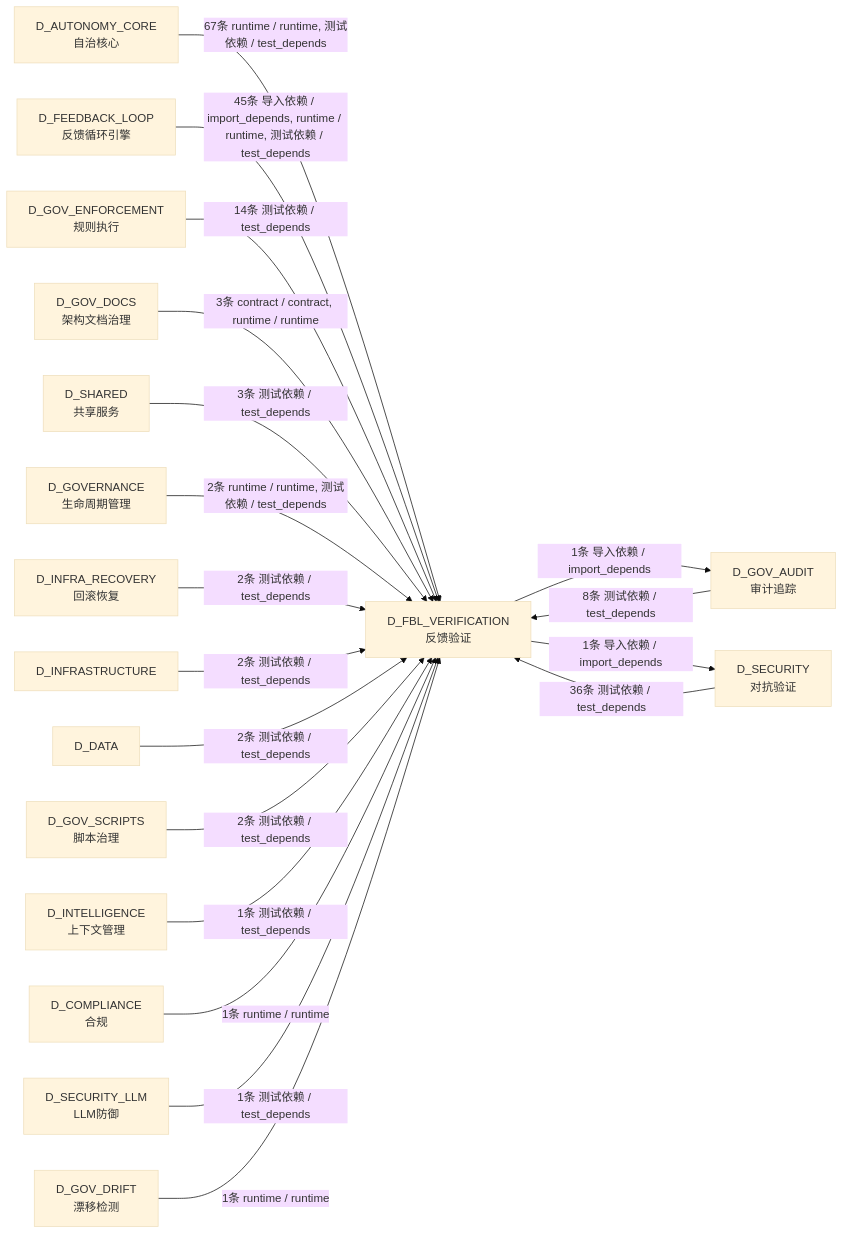
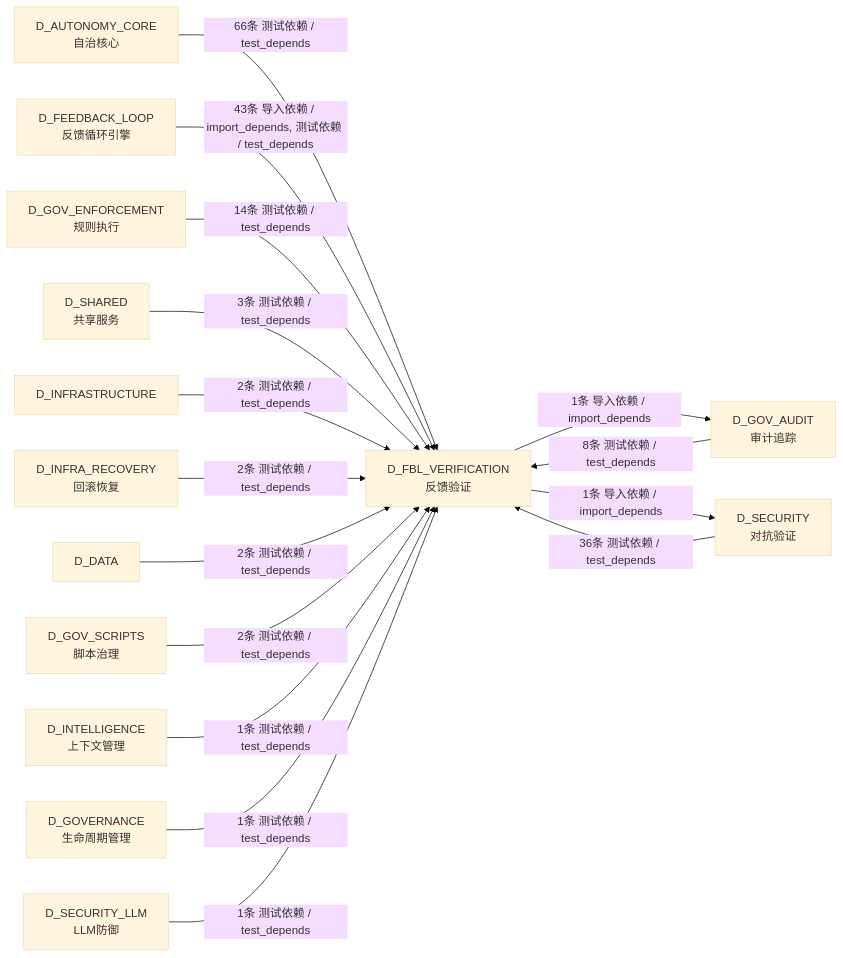
One commit to xuanFelixVan/ZephyrAlpha changed the fifth of 5 diagrams in docs/02_enterprise_architecture/02_domain_architecture_docs/13_d_fbl_verification.md. Above: the diagram before and after it, drawn with Mermaid (base theme). The commit also changed other lines of this file and 124 other files, not shown here.

````diff
--- a/docs/02_enterprise_architecture/02_domain_architecture_docs/13_d_fbl_verification.md
+++ b/docs/02_enterprise_architecture/02_domain_architecture_docs/13_d_fbl_verification.md
@@ -512,38 +484,32 @@
 ```mermaid
 graph LR
     D_FBL_VERIFICATION["D_FBL_VERIFICATION<br/>反馈验证"]
     D_GOV_AUDIT["D_GOV_AUDIT<br/>审计追踪"]
     D_SECURITY["D_SECURITY<br/>对抗验证"]
     D_AUTONOMY_CORE["D_AUTONOMY_CORE<br/>自治核心"]
     D_FEEDBACK_LOOP["D_FEEDBACK_LOOP<br/>反馈循环引擎"]
     D_GOV_ENFORCEMENT["D_GOV_ENFORCEMENT<br/>规则执行"]
-    D_GOV_DOCS["D_GOV_DOCS<br/>架构文档治理"]
     D_SHARED["D_SHARED<br/>共享服务"]
-    D_GOVERNANCE["D_GOVERNANCE<br/>生命周期管理"]
+    D_INFRASTRUCTURE["D_INFRASTRUCTURE"]
     D_INFRA_RECOVERY["D_INFRA_RECOVERY<br/>回滚恢复"]
-    D_INFRASTRUCTURE["D_INFRASTRUCTURE"]
     D_DATA["D_DATA"]
     D_GOV_SCRIPTS["D_GOV_SCRIPTS<br/>脚本治理"]
     D_INTELLIGENCE["D_INTELLIGENCE<br/>上下文管理"]
-    D_COMPLIANCE["D_COMPLIANCE<br/>合规"]
+    D_GOVERNANCE["D_GOVERNANCE<br/>生命周期管理"]
     D_SECURITY_LLM["D_SECURITY_LLM<br/>LLM防御"]
-    D_GOV_DRIFT["D_GOV_DRIFT<br/>漂移检测"]
     D_FBL_VERIFICATION -->|1条 导入依赖 / import_depends| D_GOV_AUDIT
     D_FBL_VERIFICATION -->|1条 导入依赖 / import_depends| D_SECURITY
-    D_AUTONOMY_CORE -->|67条 runtime / runtime, 测试依赖 / test_depends| D_FBL_VERIFICATION
-    D_FEEDBACK_LOOP -->|45条 导入依赖 / import_depends, runtime / runtime, 测试依赖 / test_depends| D_FBL_VERIFICATION
+    D_AUTONOMY_CORE -->|66条 测试依赖 / test_depends| D_FBL_VERIFICATION
+    D_FEEDBACK_LOOP -->|43条 导入依赖 / import_depends, 测试依赖 / test_depends| D_FBL_VERIFICATION
     D_SECURITY -->|36条 测试依赖 / test_depends| D_FBL_VERIFICATION
     D_GOV_ENFORCEMENT -->|14条 测试依赖 / test_depends| D_FBL_VERIFICATION
     D_GOV_AUDIT -->|8条 测试依赖 / test_depends| D_FBL_VERIFICATION
-    D_GOV_DOCS -->|3条 contract / contract, runtime / runtime| D_FBL_VERIFICATION
     D_SHARED -->|3条 测试依赖 / test_depends| D_FBL_VERIFICATION
-    D_GOVERNANCE -->|2条 runtime / runtime, 测试依赖 / test_depends| D_FBL_VERIFICATION
+    D_INFRASTRUCTURE -->|2条 测试依赖 / test_depends| D_FBL_VERIFICATION
     D_INFRA_RECOVERY -->|2条 测试依赖 / test_depends| D_FBL_VERIFICATION
-    D_INFRASTRUCTURE -->|2条 测试依赖 / test_depends| D_FBL_VERIFICATION
     D_DATA -->|2条 测试依赖 / test_depends| D_FBL_VERIFICATION
     D_GOV_SCRIPTS -->|2条 测试依赖 / test_depends| D_FBL_VERIFICATION
     D_INTELLIGENCE -->|1条 测试依赖 / test_depends| D_FBL_VERIFICATION
-    D_COMPLIANCE -->|1条 runtime / runtime| D_FBL_VERIFICATION
+    D_GOVERNANCE -->|1条 测试依赖 / test_depends| D_FBL_VERIFICATION
     D_SECURITY_LLM -->|1条 测试依赖 / test_depends| D_FBL_VERIFICATION
-    D_GOV_DRIFT -->|1条 runtime / runtime| D_FBL_VERIFICATION
 ```
````
